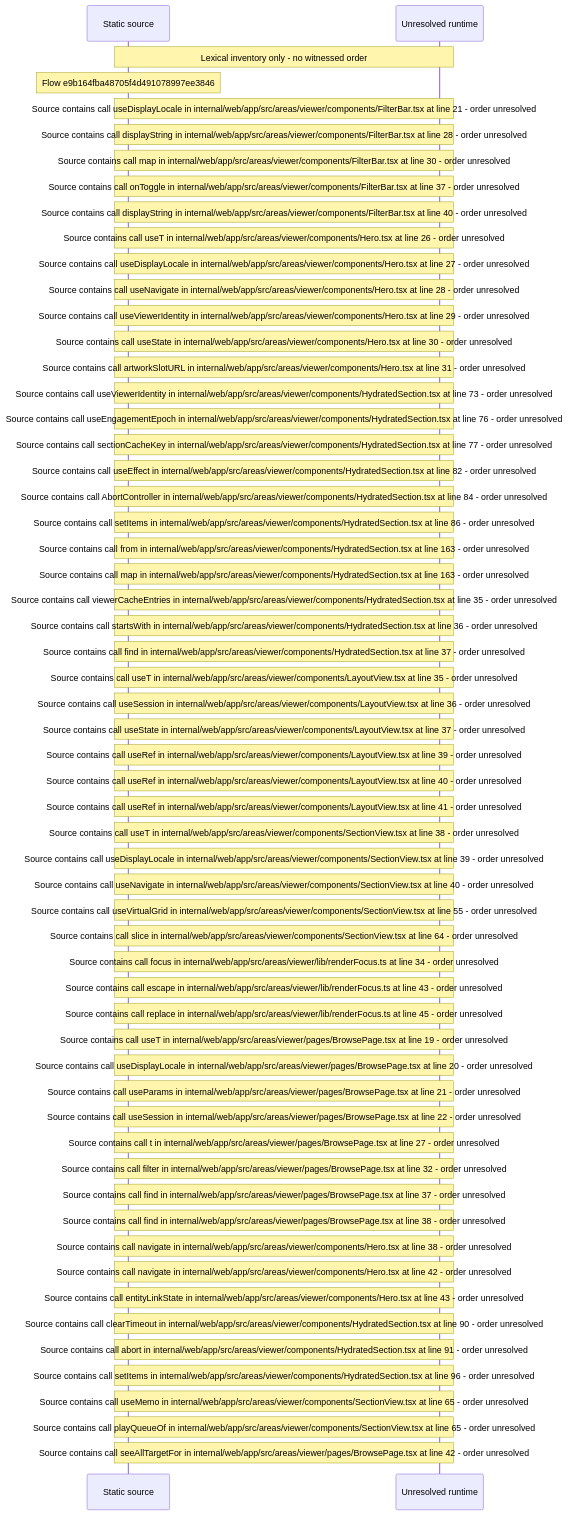
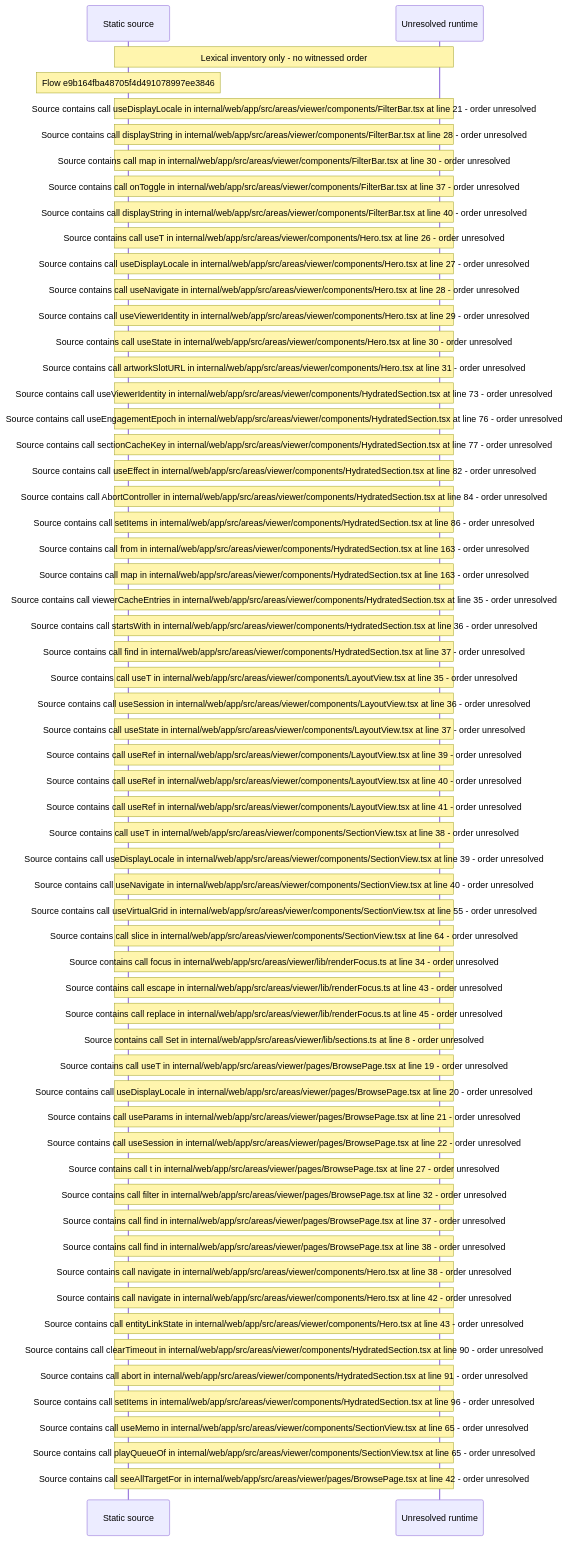
Before and after one commit to beamfall/core: the diagram in docs/web/flows/generated/e9b164fba48705f4d491078997ee3846/flow-diagram.md, drawn with Mermaid. The commit also changed other lines of this file and 707 other files, not shown here.

Commit message:
Regenerate the web flow record with flow generator version 6

````diff
--- a/docs/web/flows/generated/e9b164fba48705f4d491078997ee3846/flow-diagram.md
+++ b/docs/web/flows/generated/e9b164fba48705f4d491078997ee3846/flow-diagram.md
@@ -10,60 +10,61 @@
 ```mermaid
 sequenceDiagram
     participant S as Static source
     participant U as Unresolved runtime
     Note over S,U: Lexical inventory only - no witnessed order
     Note over S: Flow e9b164fba48705f4d491078997ee3846
     Note over S,U: Source contains call useDisplayLocale in internal/web/app/src/areas/viewer/components/FilterBar.tsx at line 21 - order unresolved
     Note over S,U: Source contains call displayString in internal/web/app/src/areas/viewer/components/FilterBar.tsx at line 28 - order unresolved
     Note over S,U: Source contains call map in internal/web/app/src/areas/viewer/components/FilterBar.tsx at line 30 - order unresolved
     Note over S,U: Source contains call onToggle in internal/web/app/src/areas/viewer/components/FilterBar.tsx at line 37 - order unresolved
     Note over S,U: Source contains call displayString in internal/web/app/src/areas/viewer/components/FilterBar.tsx at line 40 - order unresolved
     Note over S,U: Source contains call useT in internal/web/app/src/areas/viewer/components/Hero.tsx at line 26 - order unresolved
     Note over S,U: Source contains call useDisplayLocale in internal/web/app/src/areas/viewer/components/Hero.tsx at line 27 - order unresolved
     Note over S,U: Source contains call useNavigate in internal/web/app/src/areas/viewer/components/Hero.tsx at line 28 - order unresolved
     Note over S,U: Source contains call useViewerIdentity in internal/web/app/src/areas/viewer/components/Hero.tsx at line 29 - order unresolved
     Note over S,U: Source contains call useState in internal/web/app/src/areas/viewer/components/Hero.tsx at line 30 - order unresolved
     Note over S,U: Source contains call artworkSlotURL in internal/web/app/src/areas/viewer/components/Hero.tsx at line 31 - order unresolved
     Note over S,U: Source contains call useViewerIdentity in internal/web/app/src/areas/viewer/components/HydratedSection.tsx at line 73 - order unresolved
     Note over S,U: Source contains call useEngagementEpoch in internal/web/app/src/areas/viewer/components/HydratedSection.tsx at line 76 - order unresolved
     Note over S,U: Source contains call sectionCacheKey in internal/web/app/src/areas/viewer/components/HydratedSection.tsx at line 77 - order unresolved
     Note over S,U: Source contains call useEffect in internal/web/app/src/areas/viewer/components/HydratedSection.tsx at line 82 - order unresolved
     Note over S,U: Source contains call AbortController in internal/web/app/src/areas/viewer/components/HydratedSection.tsx at line 84 - order unresolved
     Note over S,U: Source contains call setItems in internal/web/app/src/areas/viewer/components/HydratedSection.tsx at line 86 - order unresolved
     Note over S,U: Source contains call from in internal/web/app/src/areas/viewer/components/HydratedSection.tsx at line 163 - order unresolved
     Note over S,U: Source contains call map in internal/web/app/src/areas/viewer/components/HydratedSection.tsx at line 163 - order unresolved
     Note over S,U: Source contains call viewerCacheEntries in internal/web/app/src/areas/viewer/components/HydratedSection.tsx at line 35 - order unresolved
     Note over S,U: Source contains call startsWith in internal/web/app/src/areas/viewer/components/HydratedSection.tsx at line 36 - order unresolved
     Note over S,U: Source contains call find in internal/web/app/src/areas/viewer/components/HydratedSection.tsx at line 37 - order unresolved
     Note over S,U: Source contains call useT in internal/web/app/src/areas/viewer/components/LayoutView.tsx at line 35 - order unresolved
     Note over S,U: Source contains call useSession in internal/web/app/src/areas/viewer/components/LayoutView.tsx at line 36 - order unresolved
     Note over S,U: Source contains call useState in internal/web/app/src/areas/viewer/components/LayoutView.tsx at line 37 - order unresolved
     Note over S,U: Source contains call useRef in internal/web/app/src/areas/viewer/components/LayoutView.tsx at line 39 - order unresolved
     Note over S,U: Source contains call useRef in internal/web/app/src/areas/viewer/components/LayoutView.tsx at line 40 - order unresolved
     Note over S,U: Source contains call useRef in internal/web/app/src/areas/viewer/components/LayoutView.tsx at line 41 - order unresolved
     Note over S,U: Source contains call useT in internal/web/app/src/areas/viewer/components/SectionView.tsx at line 38 - order unresolved
     Note over S,U: Source contains call useDisplayLocale in internal/web/app/src/areas/viewer/components/SectionView.tsx at line 39 - order unresolved
     Note over S,U: Source contains call useNavigate in internal/web/app/src/areas/viewer/components/SectionView.tsx at line 40 - order unresolved
     Note over S,U: Source contains call useVirtualGrid in internal/web/app/src/areas/viewer/components/SectionView.tsx at line 55 - order unresolved
     Note over S,U: Source contains call slice in internal/web/app/src/areas/viewer/components/SectionView.tsx at line 64 - order unresolved
     Note over S,U: Source contains call focus in internal/web/app/src/areas/viewer/lib/renderFocus.ts at line 34 - order unresolved
     Note over S,U: Source contains call escape in internal/web/app/src/areas/viewer/lib/renderFocus.ts at line 43 - order unresolved
     Note over S,U: Source contains call replace in internal/web/app/src/areas/viewer/lib/renderFocus.ts at line 45 - order unresolved
+    Note over S,U: Source contains call Set in internal/web/app/src/areas/viewer/lib/sections.ts at line 8 - order unresolved
     Note over S,U: Source contains call useT in internal/web/app/src/areas/viewer/pages/BrowsePage.tsx at line 19 - order unresolved
     Note over S,U: Source contains call useDisplayLocale in internal/web/app/src/areas/viewer/pages/BrowsePage.tsx at line 20 - order unresolved
     Note over S,U: Source contains call useParams in internal/web/app/src/areas/viewer/pages/BrowsePage.tsx at line 21 - order unresolved
     Note over S,U: Source contains call useSession in internal/web/app/src/areas/viewer/pages/BrowsePage.tsx at line 22 - order unresolved
     Note over S,U: Source contains call t in internal/web/app/src/areas/viewer/pages/BrowsePage.tsx at line 27 - order unresolved
     Note over S,U: Source contains call filter in internal/web/app/src/areas/viewer/pages/BrowsePage.tsx at line 32 - order unresolved
     Note over S,U: Source contains call find in internal/web/app/src/areas/viewer/pages/BrowsePage.tsx at line 37 - order unresolved
     Note over S,U: Source contains call find in internal/web/app/src/areas/viewer/pages/BrowsePage.tsx at line 38 - order unresolved
     Note over S,U: Source contains call navigate in internal/web/app/src/areas/viewer/components/Hero.tsx at line 38 - order unresolved
     Note over S,U: Source contains call navigate in internal/web/app/src/areas/viewer/components/Hero.tsx at line 42 - order unresolved
     Note over S,U: Source contains call entityLinkState in internal/web/app/src/areas/viewer/components/Hero.tsx at line 43 - order unresolved
     Note over S,U: Source contains call clearTimeout in internal/web/app/src/areas/viewer/components/HydratedSection.tsx at line 90 - order unresolved
     Note over S,U: Source contains call abort in internal/web/app/src/areas/viewer/components/HydratedSection.tsx at line 91 - order unresolved
     Note over S,U: Source contains call setItems in internal/web/app/src/areas/viewer/components/HydratedSection.tsx at line 96 - order unresolved
     Note over S,U: Source contains call useMemo in internal/web/app/src/areas/viewer/components/SectionView.tsx at line 65 - order unresolved
     Note over S,U: Source contains call playQueueOf in internal/web/app/src/areas/viewer/components/SectionView.tsx at line 65 - order unresolved
     Note over S,U: Source contains call seeAllTargetFor in internal/web/app/src/areas/viewer/pages/BrowsePage.tsx at line 42 - order unresolved
 ```
````
